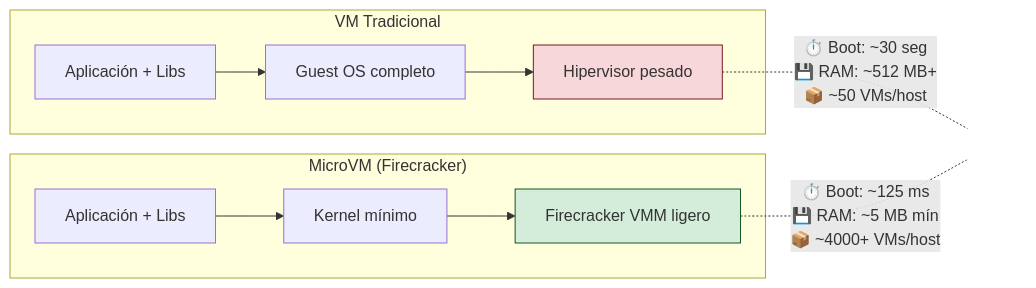
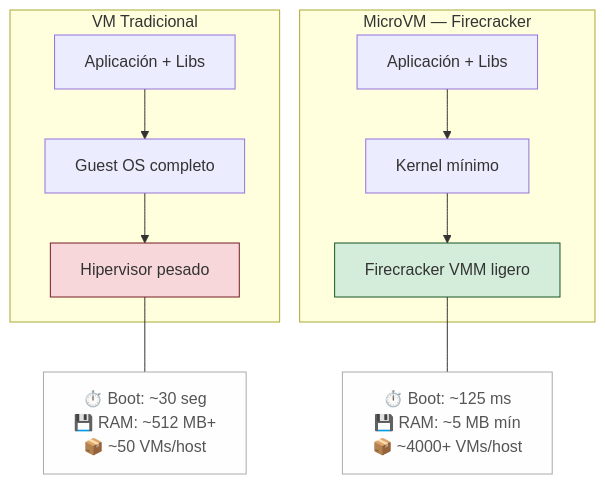
Before and after one commit to tectijuana/interfaz: the ninth of 10 diagrams in docs/research26a/Virtualización en ARM y nuevos modelos de cómputo/readme.md, drawn with Mermaid. The commit also changed other lines of this file, not shown here.

````diff
--- a/docs/research26a/Virtualización en ARM y nuevos modelos de cómputo/readme.md
+++ b/docs/research26a/Virtualización en ARM y nuevos modelos de cómputo/readme.md
@@ -299,23 +321,27 @@
 ```mermaid
-graph LR
-    subgraph "VM Tradicional"
+graph TB
+    subgraph VM["VM Tradicional"]
         T_APP["Aplicación + Libs"]
         T_OS["Guest OS completo"]
         T_HYP["Hipervisor pesado"]
         T_APP --> T_OS --> T_HYP
     end
 
-    subgraph "MicroVM (Firecracker)"
+    subgraph FC["MicroVM — Firecracker"]
         F_APP["Aplicación + Libs"]
         F_OS["Kernel mínimo"]
         F_HYP["Firecracker VMM ligero"]
         F_APP --> F_OS --> F_HYP
     end
 
-    T_HYP -.-|"⏱️ Boot: ~30 seg<br/>💾 RAM: ~512 MB+<br/>📦 ~50 VMs/host"| COMP[" "]
-    F_HYP -.-|"⏱️ Boot: ~125 ms<br/>💾 RAM: ~5 MB mín<br/>📦 ~4000+ VMs/host"| COMP
+    NOTE_VM["⏱️ Boot: ~30 seg\n💾 RAM: ~512 MB+\n📦 ~50 VMs/host"]
+    NOTE_FC["⏱️ Boot: ~125 ms\n💾 RAM: ~5 MB mín\n📦 ~4000+ VMs/host"]
+
+    T_HYP --- NOTE_VM
+    F_HYP --- NOTE_FC
 
     style T_HYP fill:#f8d7da,stroke:#721c24
     style F_HYP fill:#d4edda,stroke:#155724
-    style COMP fill:#ffffff,stroke:#ffffff
+    style NOTE_VM fill:#fefefe,stroke:#aaa,color:#555
+    style NOTE_FC fill:#fefefe,stroke:#aaa,color:#555
 ```
````
